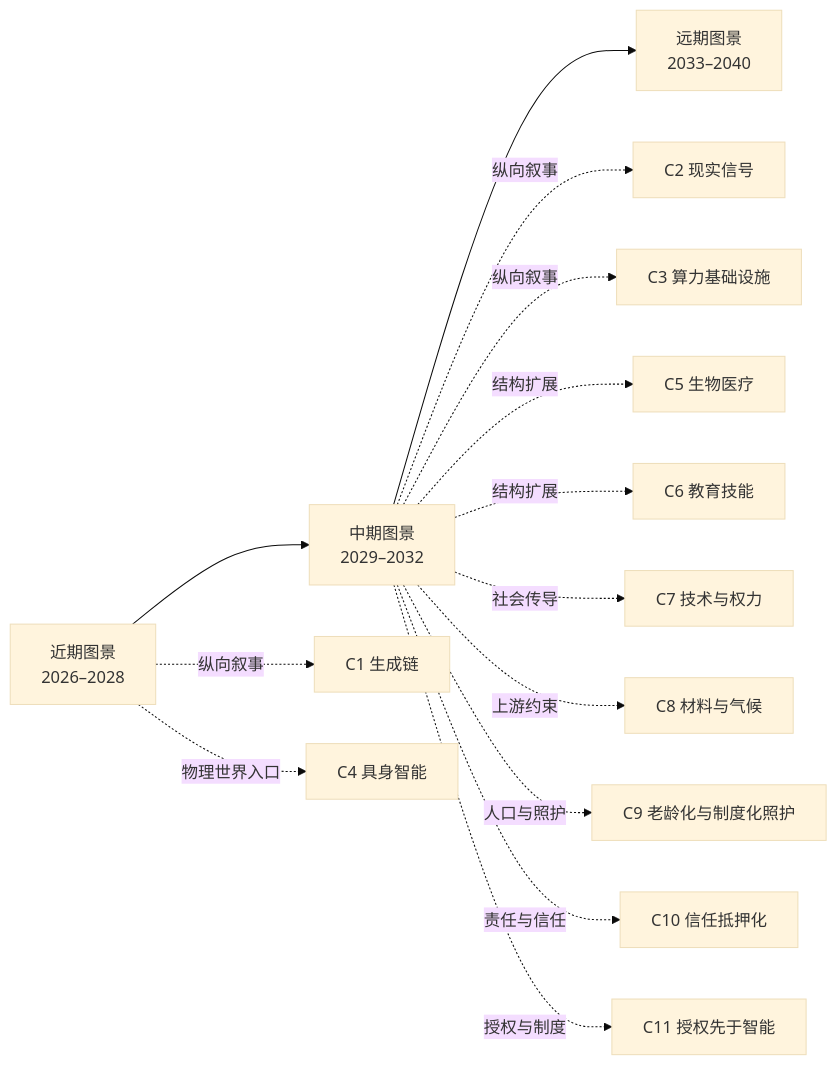
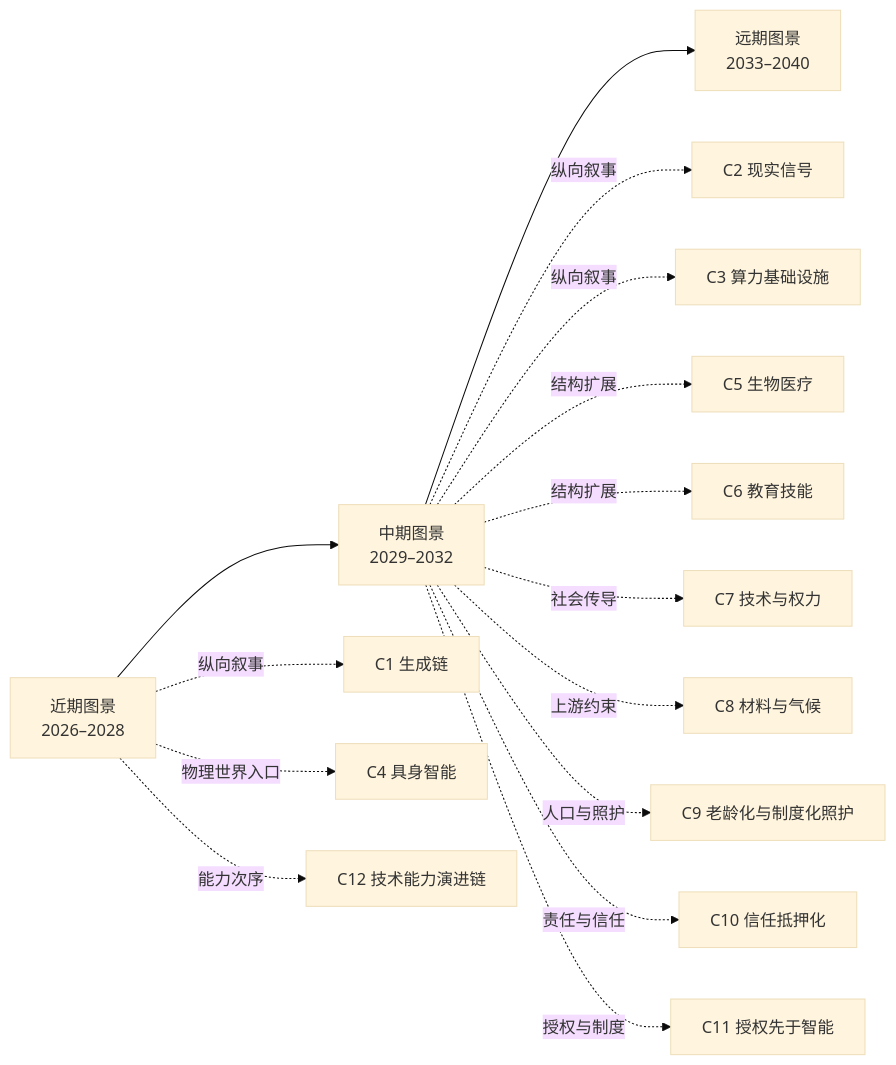
Before and after one commit to SenZhangAI/foresight-by-ai: the diagram in README.md, drawn with Mermaid (base theme). The commit also changed other lines of this file and 25 other files, not shown here.

First line of the commit message:
docs(chains): register the technology capability sequence as C12 and declare its lens gap

````diff
--- a/README.md
+++ b/README.md
@@ -180,16 +182,17 @@
 ```mermaid
 flowchart LR
   N[近期图景\n2026–2028] --> M[中期图景\n2029–2032]
   M --> F[远期图景\n2033–2040]
   N -.纵向叙事.-> C1[C1 生成链]
   M -.纵向叙事.-> C2[C2 现实信号]
   M -.纵向叙事.-> C3[C3 算力基础设施]
   N -.物理世界入口.-> C4[C4 具身智能]
   M -.结构扩展.-> C5[C5 生物医疗]
   M -.结构扩展.-> C6[C6 教育技能]
   M -.社会传导.-> C7[C7 技术与权力]
   M -.上游约束.-> C8[C8 材料与气候]
   M -.人口与照护.-> C9[C9 老龄化与制度化照护]
   M -.责任与信任.-> C10[C10 信任抵押化]
   M -.授权与制度.-> C11[C11 授权先于智能]
+  N -.能力次序.-> C12[C12 技术能力演进链]
 ```
````
